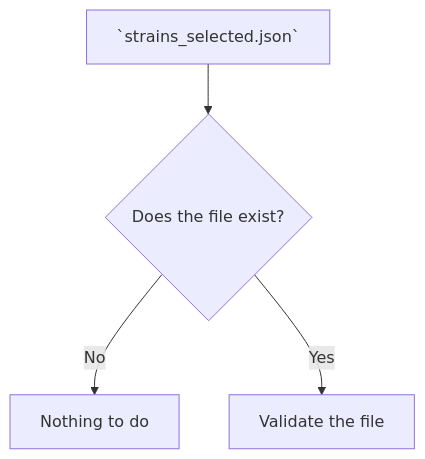
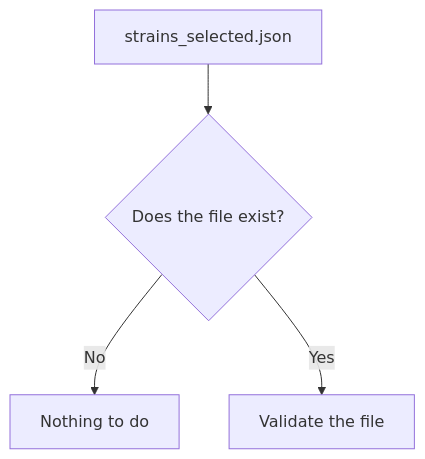
Before and after one commit to NPLinker/nplinker: the second of 6 diagrams in docs/diagrams/arranger.md, drawn with Mermaid. The commit also changed other lines of this file, not shown here.

Commit message:
fix mermaid unsupported feature

````diff
--- a/docs/diagrams/arranger.md
+++ b/docs/diagrams/arranger.md
@@ -14,6 +14,6 @@
 ``` mermaid
 flowchart TD
-    StrainsSelected[`strains_selected.json`] --> S{Does the file exist?}
+    StrainsSelected[strains_selected.json] --> S{Does the file exist?}
     S --> |No | S0[Nothing to do]
     S --> |Yes| S1[Validate the file]
 ```
````
